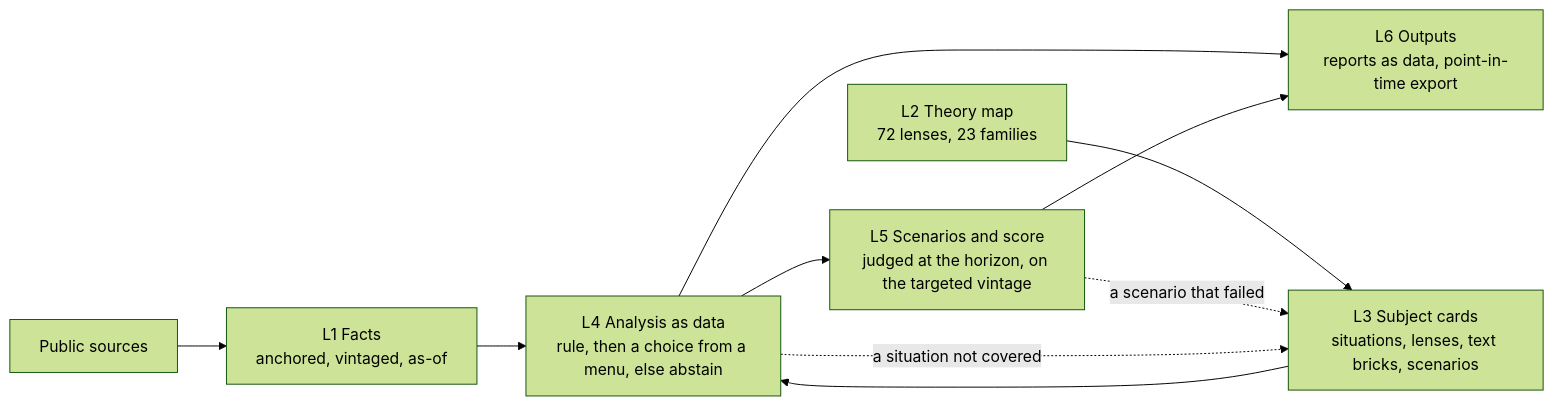
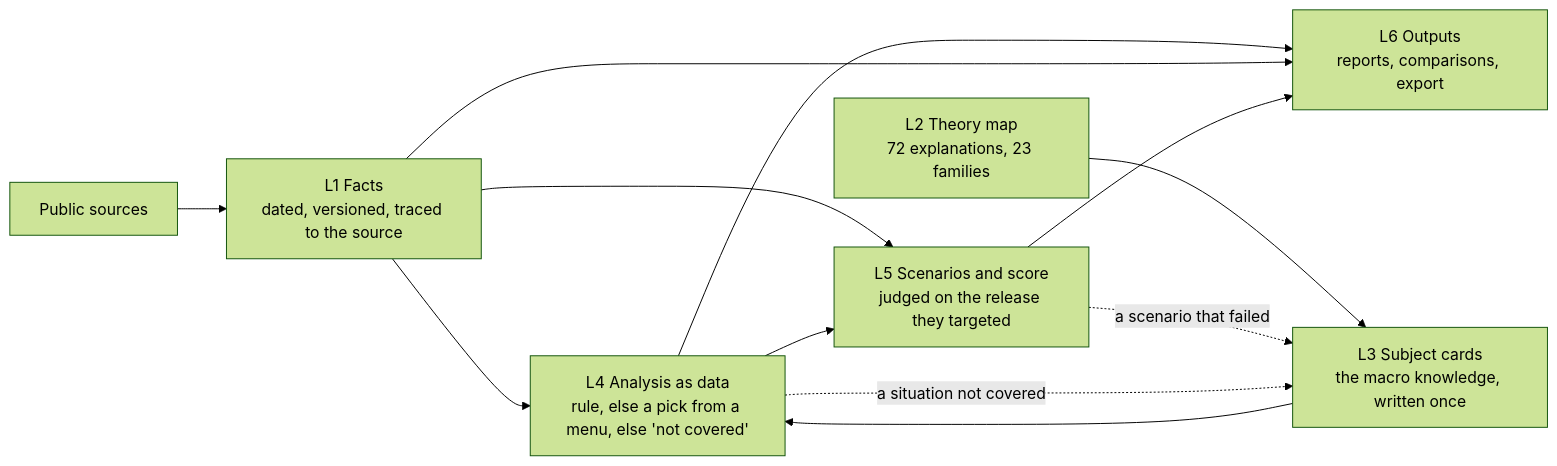
One commit to Sami-Andaloussi/atlas-research changed the diagram in README.md. Above: the diagram before and after it, drawn with Mermaid (forest theme). The commit also changed other lines of this file and 11 other files, not shown here.

````diff
--- a/README.md
+++ b/README.md
@@ -30,12 +34,14 @@
 ```mermaid
 flowchart LR
-    src["Public sources"] --> L1["L1 Facts<br/>anchored, vintaged, as-of"]
-    L2["L2 Theory map<br/>72 lenses, 23 families"] --> L3["L3 Subject cards<br/>situations, lenses, text bricks, scenarios"]
-    L1 --> L4["L4 Analysis as data<br/>rule, then a choice from a menu, else abstain"]
+    src["Public sources"] --> L1["L1 Facts<br/>dated, versioned, traced to the source"]
+    L2["L2 Theory map<br/>72 explanations, 23 families"] --> L3["L3 Subject cards<br/>the macro knowledge, written once"]
+    L1 --> L4["L4 Analysis as data<br/>rule, else a pick from a menu, else 'not covered'"]
     L3 --> L4
-    L4 --> L5["L5 Scenarios and score<br/>judged at the horizon, on the targeted vintage"]
-    L4 --> L6["L6 Outputs<br/>reports as data, point-in-time export"]
+    L1 --> L5
+    L4 --> L5["L5 Scenarios and score<br/>judged on the release they targeted"]
+    L4 --> L6["L6 Outputs<br/>reports, comparisons, export"]
+    L1 --> L6
     L5 --> L6
     L5 -.->|"a scenario that failed"| L3
     L4 -.->|"a situation not covered"| L3
 ```
````
